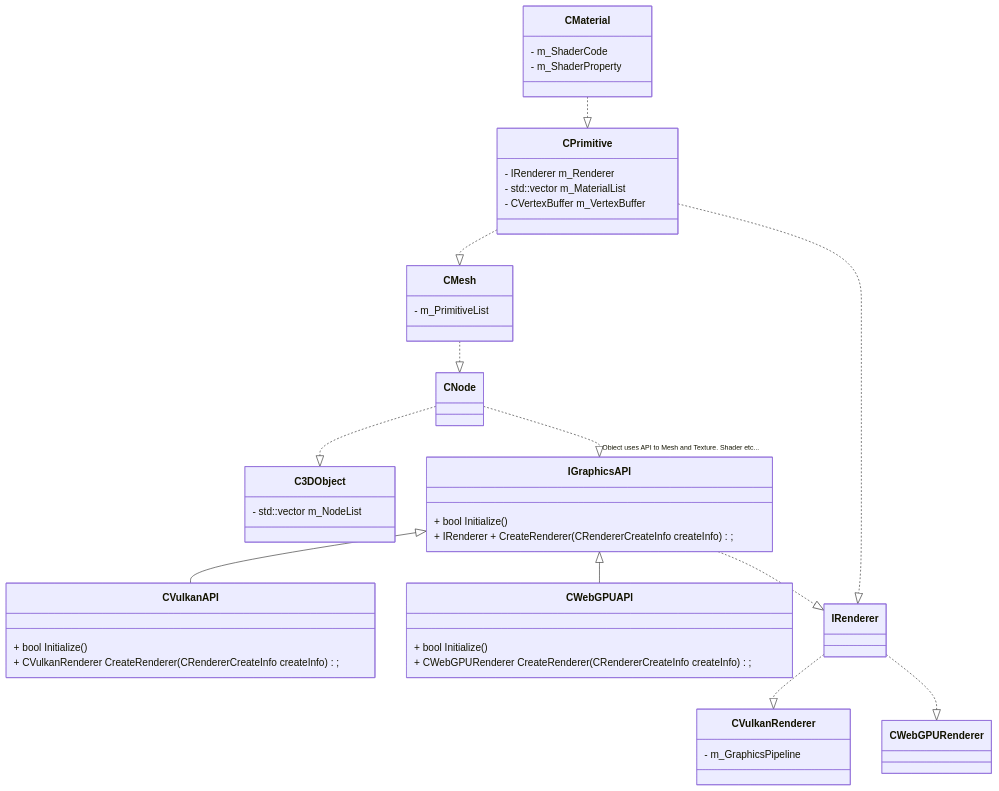
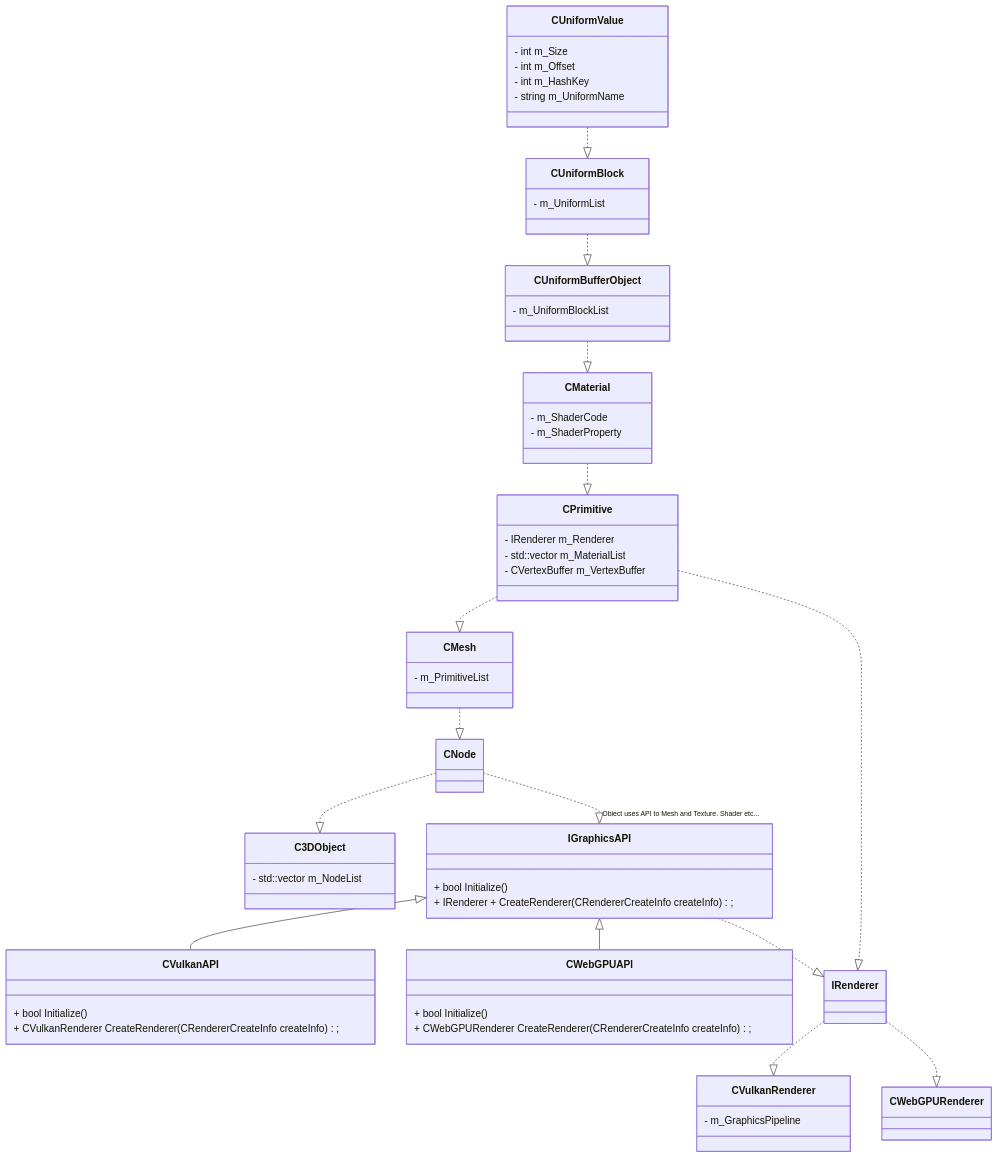
The diagram in Garnet/UML/GraphicsStructure.md (HaruoOgawa/Garnet), drawn with Mermaid before and after one commit.

```diff
--- a/Garnet/UML/GraphicsStructure.md
+++ b/Garnet/UML/GraphicsStructure.md
@@ -29,6 +29,27 @@
   }
 
   CMaterial ..|> CPrimitive
+  
+  class CUniformBufferObject{
+    - m_UniformBlockList
+  }
+  
+  CUniformBufferObject ..|> CMaterial
+  
+  class CUniformBlock{
+    - m_UniformList
+  }
+  
+  CUniformBlock ..|> CUniformBufferObject
+  
+  class CUniformValue{
+    - int m_Size
+    - int m_Offset
+    - int m_HashKey
+    - string m_UniformName
+  }
+  
+  CUniformValue ..|> CUniformBlock
   
   class IGraphicsAPI{
     + bool Initialize()
```
